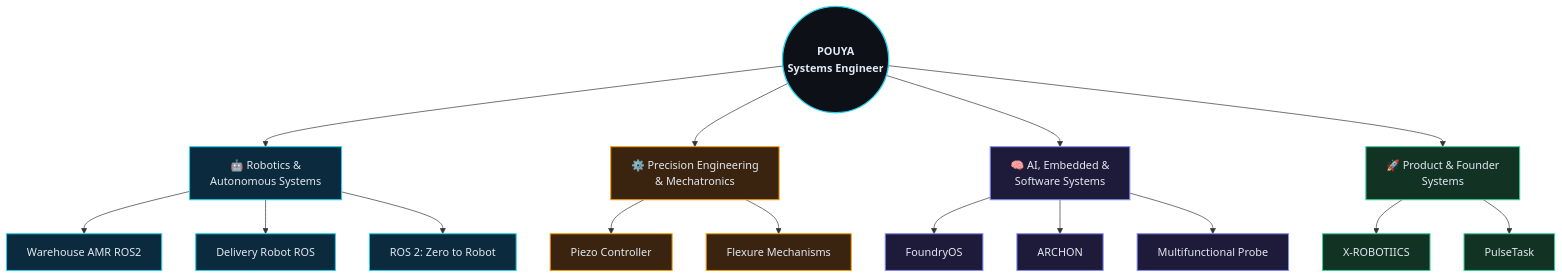
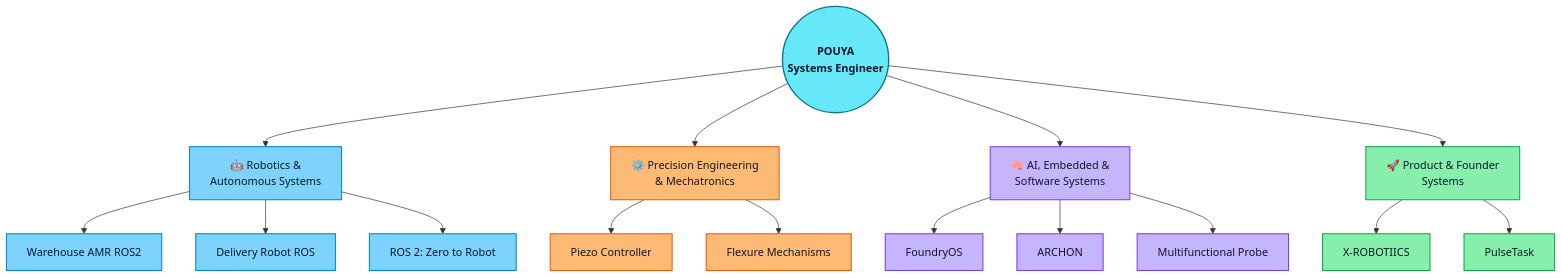
One commit to Pouya-Mansournia/Pouya-Mansournia changed the diagram in README.md. Above: the diagram before and after it, drawn with Mermaid.

Commit message:
Brighten Engineering System Map diagram colors
Switched from dark charcoal fills to vivid saturated per-domain colors
for better visibility and contrast.

````diff
--- a/README.md
+++ b/README.md
@@ -43,45 +43,45 @@
 ```mermaid
 flowchart TB
     CORE(("POUYA<br/>Systems Engineer"))
 
     CORE --> ROB["🤖 Robotics &<br/>Autonomous Systems"]
     CORE --> PREC["⚙️ Precision Engineering<br/>& Mechatronics"]
     CORE --> AI["🧠 AI, Embedded &<br/>Software Systems"]
     CORE --> PROD["🚀 Product & Founder<br/>Systems"]
 
     ROB --> R1["Warehouse AMR ROS2"]
     ROB --> R2["Delivery Robot ROS"]
     ROB --> R3["ROS 2: Zero to Robot"]
 
     PREC --> P1["Piezo Controller"]
     PREC --> P2["Flexure Mechanisms"]
 
     AI --> A1["FoundryOS"]
     AI --> A2["ARCHON"]
     AI --> A3["Multifunctional Probe"]
 
     PROD --> D1["X-ROBOTIICS"]
     PROD --> D2["PulseTask"]
 
     click R1 "https://github.com/Pouya-Mansournia/warehouse-amr-ros2" _blank
     click R2 "https://github.com/Pouya-Mansournia/Delivery-Robot-ROS" _blank
     click R3 "https://pouya-mansournia.github.io/ros2-zero-to-robot/" _blank
     click P1 "https://github.com/Pouya-Mansournia/Piezo-Controller" _blank
     click A1 "https://github.com/Pouya-Mansournia/FoundryOS" _blank
     click A2 "https://github.com/Pouya-Mansournia/ARCHON" _blank
     click A3 "https://github.com/Pouya-Mansournia/multifunctional-probe" _blank
     click D1 "https://mansournia.info/" _blank
     click D2 "https://github.com/Pouya-Mansournia/PulseTask" _blank
 
-    classDef core fill:#0d1117,stroke:#22d3ee,stroke-width:2px,color:#e2e8f0,font-weight:bold
-    classDef robotics fill:#0b2a3d,stroke:#22d3ee,stroke-width:1.5px,color:#e2e8f0
-    classDef precision fill:#3a2410,stroke:#f59e0b,stroke-width:1.5px,color:#e2e8f0
-    classDef ai fill:#1e1b3a,stroke:#818cf8,stroke-width:1.5px,color:#e2e8f0
-    classDef product fill:#123324,stroke:#34d399,stroke-width:1.5px,color:#e2e8f0
+    classDef core fill:#67e8f9,stroke:#0e7490,stroke-width:2px,color:#0f172a,font-weight:bold
+    classDef robotics fill:#7dd3fc,stroke:#0284c7,stroke-width:1.5px,color:#0f172a
+    classDef precision fill:#fdba74,stroke:#ea580c,stroke-width:1.5px,color:#0f172a
+    classDef ai fill:#c4b5fd,stroke:#7c3aed,stroke-width:1.5px,color:#0f172a
+    classDef product fill:#86efac,stroke:#16a34a,stroke-width:1.5px,color:#0f172a
 
     class CORE core
     class ROB,R1,R2,R3 robotics
     class PREC,P1,P2 precision
     class AI,A1,A2,A3 ai
     class PROD,D1,D2 product
 ```
````
